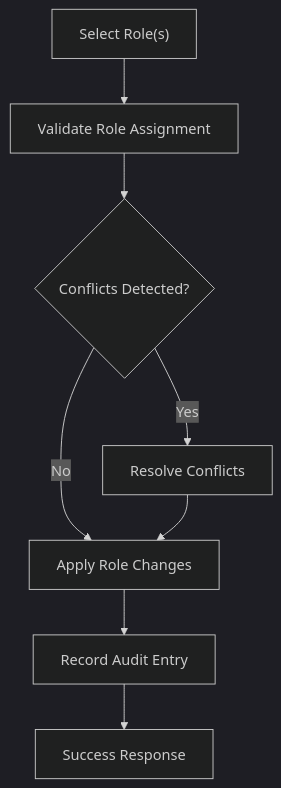
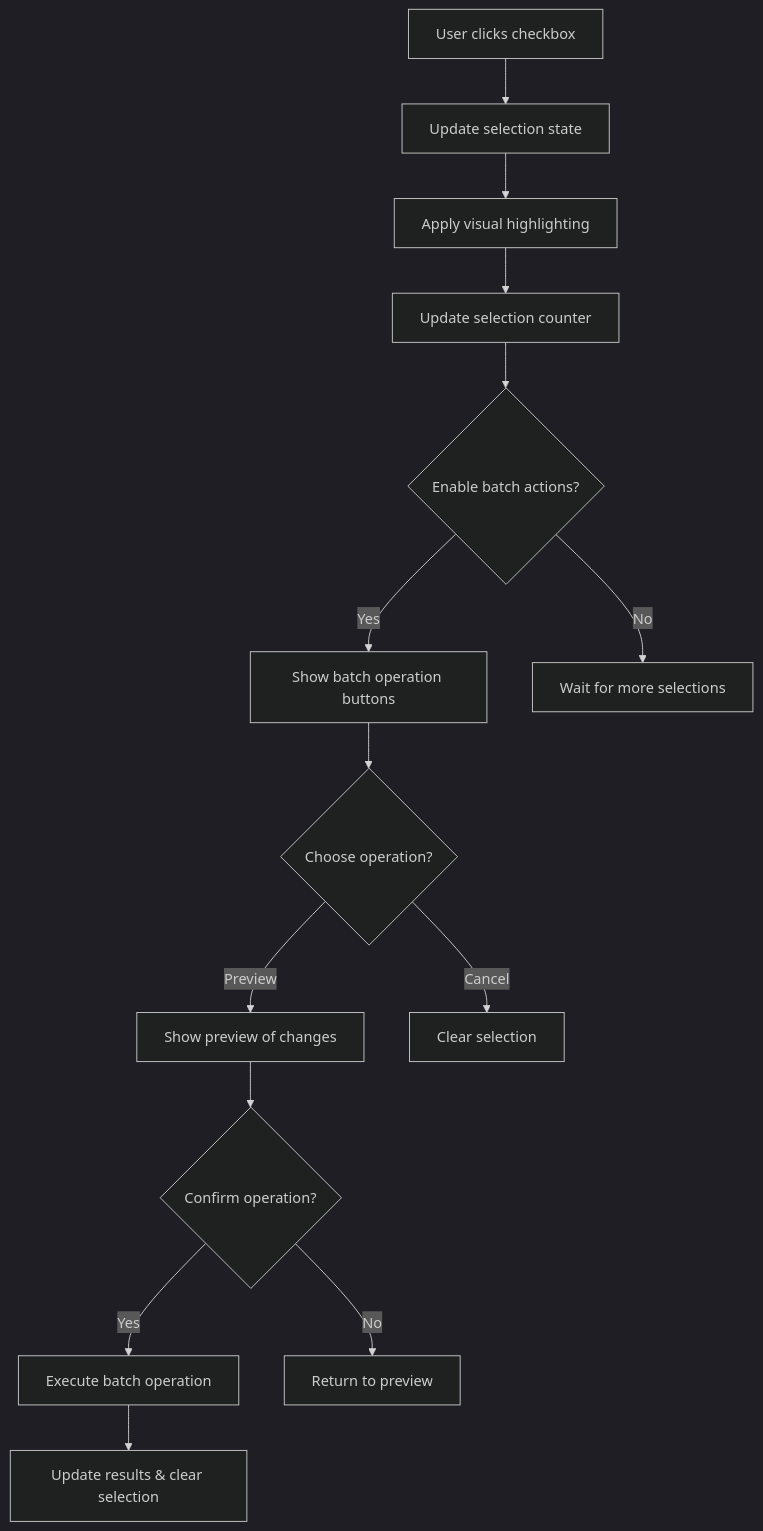
One commit to 14Lucifer/hackathon_ecs_creator changed the fourth of 8 diagrams in .qoder/repowiki/en/content/Frontend Development/Page Components & Routing/User Management Interface.md. Above: the diagram before and after it, drawn with Mermaid (dark theme). The commit also changed other lines of this file and 96 other files, not shown here.

````diff
--- a/.qoder/repowiki/en/content/Frontend Development/Page Components & Routing/User Management Interface.md
+++ b/.qoder/repowiki/en/content/Frontend Development/Page Components & Routing/User Management Interface.md
@@ -331,10 +346,16 @@
 ```mermaid
 flowchart TD
-RoleSelection["Select Role(s)"] --> Validation["Validate Role Assignment"]
-Validation --> ConflictCheck{"Conflicts Detected?"}
-ConflictCheck --> |Yes| Resolve["Resolve Conflicts"]
-ConflictCheck --> |No| ApplyRoles["Apply Role Changes"]
-Resolve --> ApplyRoles
-ApplyRoles --> AuditTrail["Record Audit Entry"]
-AuditTrail --> Success["Success Response"]
+UserClick["User clicks checkbox"] --> UpdateState["Update selection state"]
+UpdateState --> VisualFeedback["Apply visual highlighting"]
+VisualFeedback --> UpdateCounter["Update selection counter"]
+UpdateCounter --> EnableActions{"Enable batch actions?"}
+EnableActions --> |Yes| ShowActions["Show batch operation buttons"]
+EnableActions --> |No| WaitSelection["Wait for more selections"]
+ShowActions --> UserChoice{"Choose operation?"}
+UserChoice --> |Preview| ShowPreview["Show preview of changes"]
+UserChoice --> |Cancel| ClearSelection["Clear selection"]
+ShowPreview --> Confirm{"Confirm operation?"}
+Confirm --> |Yes| ExecuteBatch["Execute batch operation"]
+Confirm --> |No| ReturnPreview["Return to preview"]
+ExecuteBatch --> UpdateResults["Update results & clear selection"]
 ```
````
